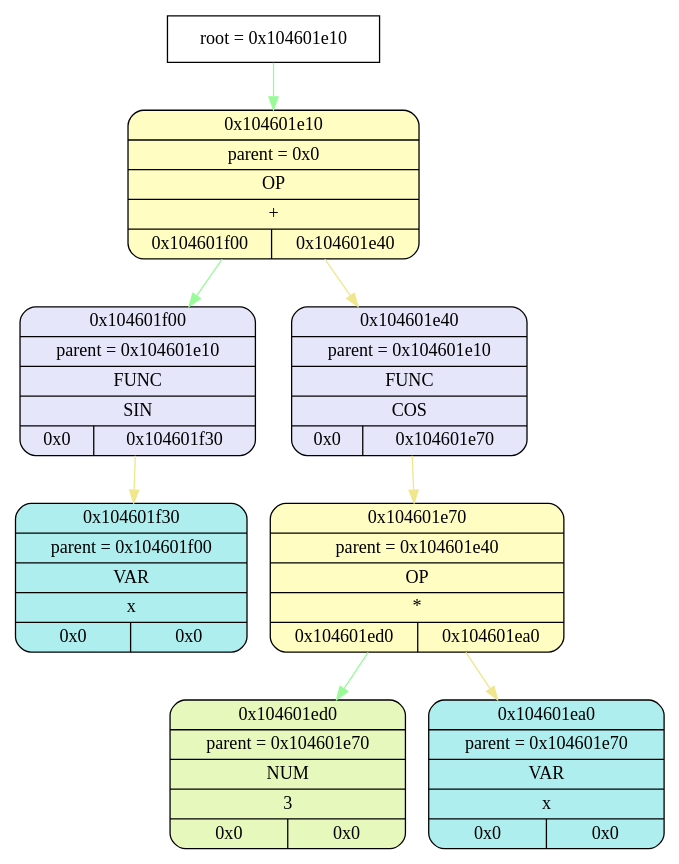
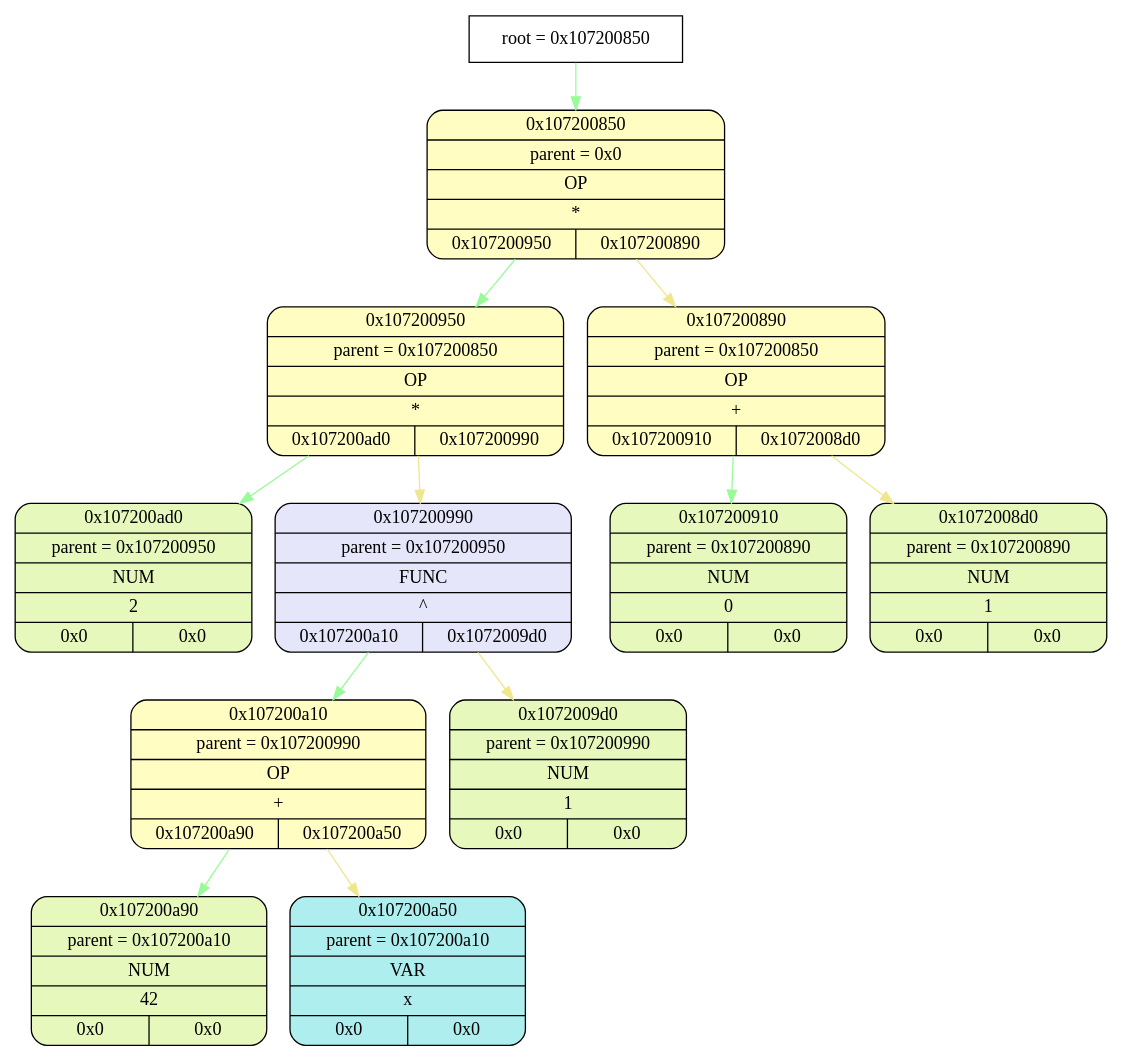
One commit to esgalimov/differentiator changed the diagram in tmp/graphviz.dot. Above: the diagram before and after it, drawn with Graphviz. The commit also changed 13 other files, not shown here.

```diff
--- a/tmp/graphviz.dot
+++ b/tmp/graphviz.dot
@@ -1,26 +1,38 @@
 digraph
 {
-    node_info[shape = record, label = "{root = 0x104601e10}"];
+    node_info[shape = record, label = "{root = 0x107200850}"];
 
-    node_info->node_0x104601e10 [color = "#98FB98"];
-    node_0x104601e10[shape = Mrecord, label = "{{0x104601e10} | {parent =  0x0} | {OP} | {+} | {0x104601f00 | 0x104601e40}}",
+    node_info->node_0x107200850 [color = "#98FB98"];
+    node_0x107200850[shape = Mrecord, label = "{{0x107200850} | {parent =  0x0} | {OP} | {*} | {0x107200950 | 0x107200890}}",
                 style="filled", fillcolor="#FFFDC2"];
-    node_0x104601f00[shape = Mrecord, label = "{{0x104601f00} | {parent =  0x104601e10} | {FUNC} | {SIN} | {0x0 | 0x104601f30}}",
+    node_0x107200950[shape = Mrecord, label = "{{0x107200950} | {parent =  0x107200850} | {OP} | {*} | {0x107200ad0 | 0x107200990}}",
+                style="filled", fillcolor="#FFFDC2"];
+    node_0x107200ad0[shape = Mrecord, label = "{{0x107200ad0} | {parent =  0x107200950} | {NUM} | {2} | {0x0 | 0x0}}",
+                style="filled", fillcolor="#E7F8BC"];
+    node_0x107200990[shape = Mrecord, label = "{{0x107200990} | {parent =  0x107200950} | {FUNC} | {^} | {0x107200a10 | 0x1072009d0}}",
                 style="filled", fillcolor="#E6E6FA"];
-    node_0x104601f30[shape = Mrecord, label = "{{0x104601f30} | {parent =  0x104601f00} | {VAR} | {x} | {0x0 | 0x0}}",
+    node_0x107200a10[shape = Mrecord, label = "{{0x107200a10} | {parent =  0x107200990} | {OP} | {+} | {0x107200a90 | 0x107200a50}}",
+                style="filled", fillcolor="#FFFDC2"];
+    node_0x107200a90[shape = Mrecord, label = "{{0x107200a90} | {parent =  0x107200a10} | {NUM} | {42} | {0x0 | 0x0}}",
+                style="filled", fillcolor="#E7F8BC"];
+    node_0x107200a50[shape = Mrecord, label = "{{0x107200a50} | {parent =  0x107200a10} | {VAR} | {x} | {0x0 | 0x0}}",
                 style="filled", fillcolor="#AFEEEE"];
-    node_0x104601e40[shape = Mrecord, label = "{{0x104601e40} | {parent =  0x104601e10} | {FUNC} | {COS} | {0x0 | 0x104601e70}}",
-                style="filled", fillcolor="#E6E6FA"];
-    node_0x104601e70[shape = Mrecord, label = "{{0x104601e70} | {parent =  0x104601e40} | {OP} | {*} | {0x104601ed0 | 0x104601ea0}}",
+    node_0x1072009d0[shape = Mrecord, label = "{{0x1072009d0} | {parent =  0x107200990} | {NUM} | {1} | {0x0 | 0x0}}",
+                style="filled", fillcolor="#E7F8BC"];
+    node_0x107200890[shape = Mrecord, label = "{{0x107200890} | {parent =  0x107200850} | {OP} | {+} | {0x107200910 | 0x1072008d0}}",
                 style="filled", fillcolor="#FFFDC2"];
-    node_0x104601ed0[shape = Mrecord, label = "{{0x104601ed0} | {parent =  0x104601e70} | {NUM} | {3} | {0x0 | 0x0}}",
+    node_0x107200910[shape = Mrecord, label = "{{0x107200910} | {parent =  0x107200890} | {NUM} | {0} | {0x0 | 0x0}}",
                 style="filled", fillcolor="#E7F8BC"];
-    node_0x104601ea0[shape = Mrecord, label = "{{0x104601ea0} | {parent =  0x104601e70} | {VAR} | {x} | {0x0 | 0x0}}",
-                style="filled", fillcolor="#AFEEEE"];
-    node_0x104601e10->node_0x104601f00 [color = "#98FB98"];
-    node_0x104601f00->node_0x104601f30 [color = "#F0E68C"];
-    node_0x104601e10->node_0x104601e40 [color = "#F0E68C"];
-    node_0x104601e40->node_0x104601e70 [color = "#F0E68C"];
-    node_0x104601e70->node_0x104601ed0 [color = "#98FB98"];
-    node_0x104601e70->node_0x104601ea0 [color = "#F0E68C"];
+    node_0x1072008d0[shape = Mrecord, label = "{{0x1072008d0} | {parent =  0x107200890} | {NUM} | {1} | {0x0 | 0x0}}",
+                style="filled", fillcolor="#E7F8BC"];
+    node_0x107200850->node_0x107200950 [color = "#98FB98"];
+    node_0x107200950->node_0x107200ad0 [color = "#98FB98"];
+    node_0x107200950->node_0x107200990 [color = "#F0E68C"];
+    node_0x107200990->node_0x107200a10 [color = "#98FB98"];
+    node_0x107200a10->node_0x107200a90 [color = "#98FB98"];
+    node_0x107200a10->node_0x107200a50 [color = "#F0E68C"];
+    node_0x107200990->node_0x1072009d0 [color = "#F0E68C"];
+    node_0x107200850->node_0x107200890 [color = "#F0E68C"];
+    node_0x107200890->node_0x107200910 [color = "#98FB98"];
+    node_0x107200890->node_0x1072008d0 [color = "#F0E68C"];
 }
```
